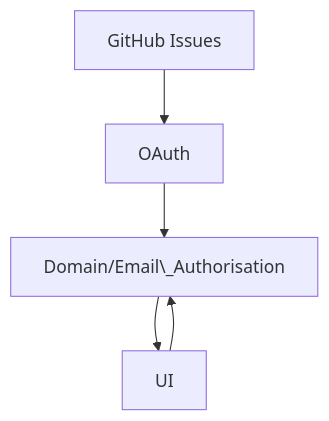
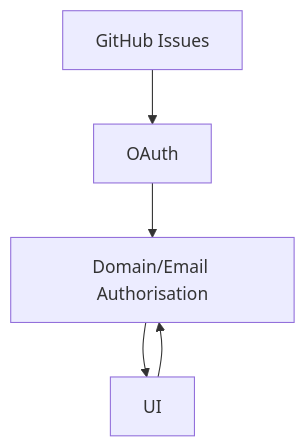
The diagram in README.md (GLD5000/gld-issues), drawn with Mermaid before and after one commit.

````diff
--- a/README.md
+++ b/README.md
@@ -62,7 +62,7 @@
 ```mermaid
 graph TD;
     A[GitHub Issues]-->B[OAuth];
-    B-->C[Domain/Email\_Authorisation];
+    B-->C[Domain/Email Authorisation];
     C-->D[UI];
     D-->C;
 ```
````
